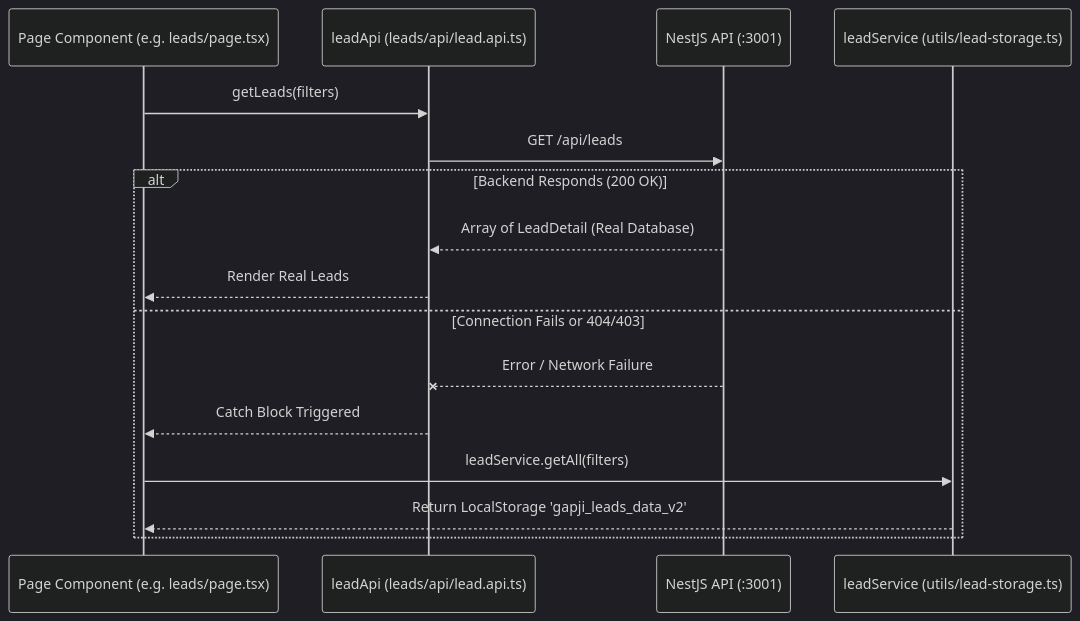
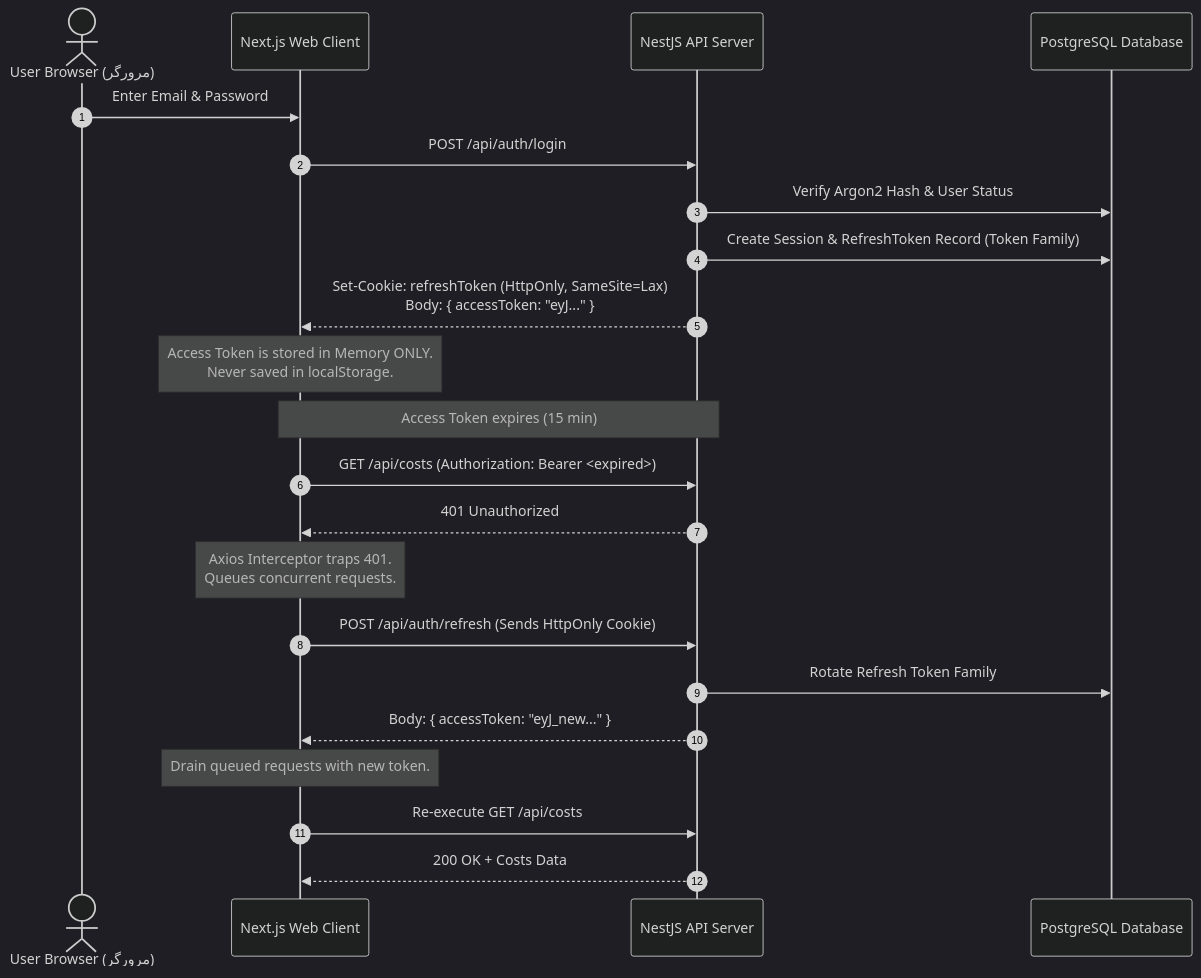
One commit to sajads4beri/gapji-digital-marketing-dashboard changed the second of 2 diagrams in docs/project-audit/hybrid/03_ARCHITECTURE_DOCUMENTATION.md. Above: the diagram before and after it, drawn with Mermaid (dark theme). The commit also changed other lines of this file and 221 other files, not shown here.

````diff
--- a/docs/project-audit/hybrid/03_ARCHITECTURE_DOCUMENTATION.md
+++ b/docs/project-audit/hybrid/03_ARCHITECTURE_DOCUMENTATION.md
@@ -47,19 +85,26 @@
 ```mermaid
 sequenceDiagram
-    participant UI as Page Component (e.g. leads/page.tsx)
-    participant API as leadApi (leads/api/lead.api.ts)
-    participant Backend as NestJS API (:3001)
-    participant MockStorage as leadService (utils/lead-storage.ts)
+    autonumber
+    actor User as User Browser (مرورگر)
+    participant Web as Next.js Web Client
+    participant API as NestJS API Server
+    participant DB as PostgreSQL Database
 
-    UI->>API: getLeads(filters)
-    API->>Backend: GET /api/leads
-    alt Backend Responds (200 OK)
-        Backend-->>API: Array of LeadDetail (Real Database)
-        API-->>UI: Render Real Leads
-    else Connection Fails or 404/403
-        Backend--xAPI: Error / Network Failure
-        API-->>UI: Catch Block Triggered
-        UI->>MockStorage: leadService.getAll(filters)
-        MockStorage-->>UI: Return LocalStorage 'gapji_leads_data_v2'
-    end
+    User->>Web: Enter Email & Password
+    Web->>API: POST /api/auth/login
+    API->>DB: Verify Argon2 Hash & User Status
+    API->>DB: Create Session & RefreshToken Record (Token Family)
+    API-->>Web: Set-Cookie: refreshToken (HttpOnly, SameSite=Lax)<br/>Body: { accessToken: "eyJ..." }
+    Note over Web: Access Token is stored in Memory ONLY.<br/>Never saved in localStorage.
+
+    Note over Web,API: Access Token expires (15 min)
+    Web->>API: GET /api/costs (Authorization: Bearer <expired>)
+    API-->>Web: 401 Unauthorized
+    Note over Web: Axios Interceptor traps 401.<br/>Queues concurrent requests.
+    Web->>API: POST /api/auth/refresh (Sends HttpOnly Cookie)
+    API->>DB: Rotate Refresh Token Family
+    API-->>Web: Body: { accessToken: "eyJ_new..." }
+    Note over Web: Drain queued requests with new token.
+    Web->>API: Re-execute GET /api/costs
+    API-->>Web: 200 OK + Costs Data
 ```
````
